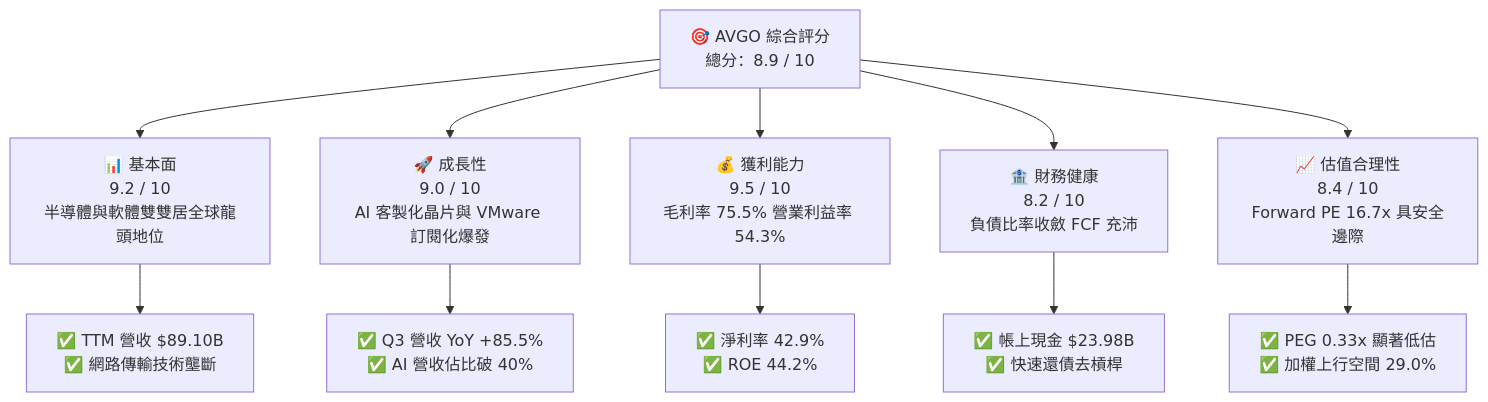
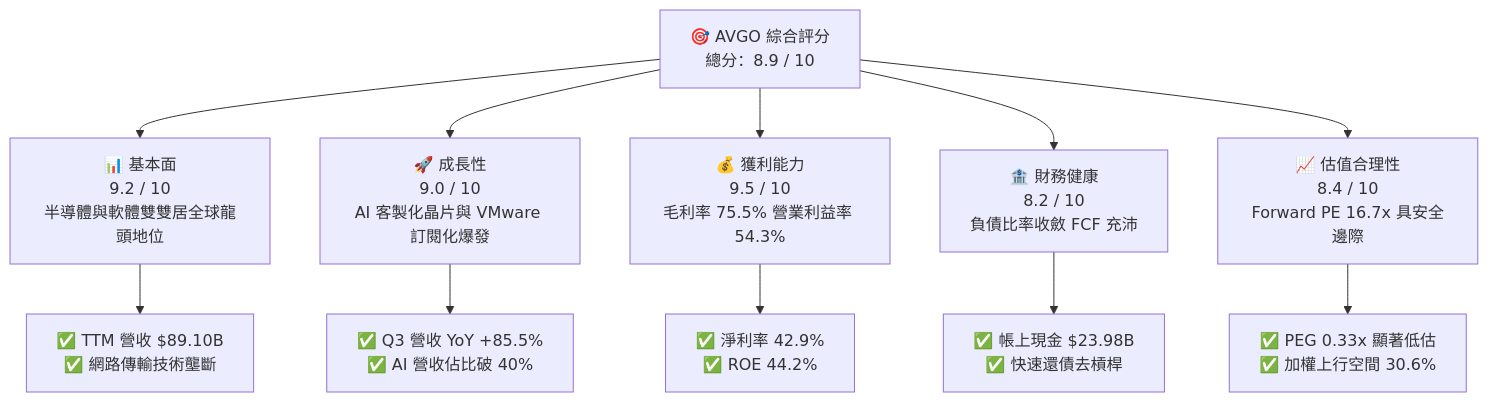
One commit to yennanliu/finance_data changed the first of 14 diagrams in ai_gen_report/fundamental/avgo/fundamental_analysis_2026-10-22_gemini.md. Above: the diagram before and after it, drawn with Mermaid. The commit also changed other lines of this file and 339 other files, not shown here.

````diff
--- a/ai_gen_report/fundamental/avgo/fundamental_analysis_2026-10-22_gemini.md
+++ b/ai_gen_report/fundamental/avgo/fundamental_analysis_2026-10-22_gemini.md
@@ -58,22 +65,22 @@
 ```mermaid
 graph TD
     TICKER["🎯 AVGO 綜合評分<br/>總分：8.9 / 10"]
 
     F["📊 基本面<br/>9.2 / 10<br/>半導體與軟體雙雙居全球龍頭地位"]
     G["🚀 成長性<br/>9.0 / 10<br/>AI 客製化晶片與 VMware 訂閱化爆發"]
     P["💰 獲利能力<br/>9.5 / 10<br/>毛利率 75.5% 營業利益率 54.3%"]
     B["🏦 財務健康<br/>8.2 / 10<br/>負債比率收斂 FCF 充沛"]
     V["📈 估值合理性<br/>8.4 / 10<br/>Forward PE 16.7x 具安全邊際"]
 
     TICKER --> F
     TICKER --> G
     TICKER --> P
     TICKER --> B
     TICKER --> V
 
     F --> F1["✅ TTM 營收 $89.10B<br/>✅ 網路傳輸技術壟斷"]
     G --> G1["✅ Q3 營收 YoY +85.5%<br/>✅ AI 營收佔比破 40%"]
     P --> P1["✅ 淨利率 42.9%<br/>✅ ROE 44.2%"]
     B --> B1["✅ 帳上現金 $23.98B<br/>✅ 快速還債去槓桿"]
-    V --> V1["✅ PEG 0.33x 顯著低估<br/>✅ 加權上行空間 29.0%"]
+    V --> V1["✅ PEG 0.33x 顯著低估<br/>✅ 加權上行空間 30.6%"]
 ```
````
